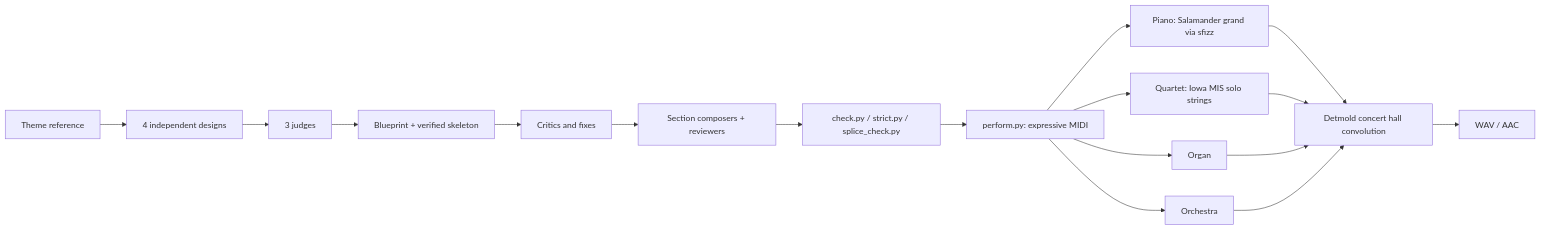
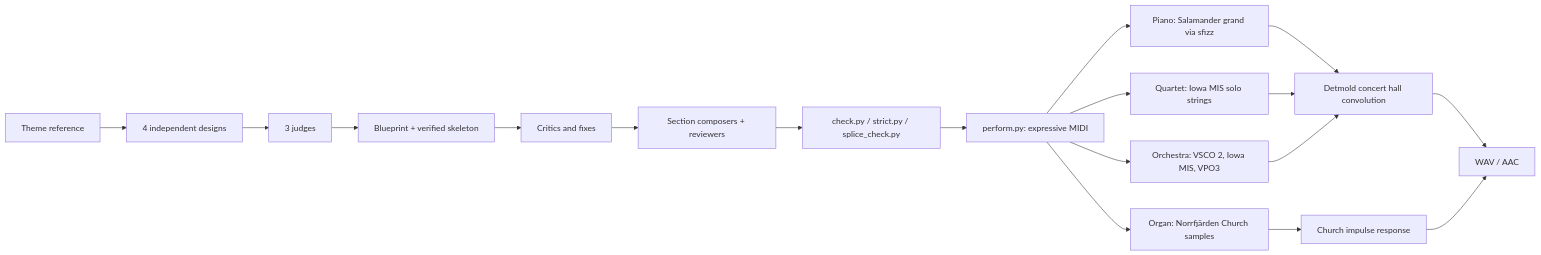
Before and after one commit to longevityboris/jurassic-fugue: the diagram in README.md, drawn with Mermaid. The commit also changed other lines of this file and 1 other file, not shown here.

````diff
--- a/README.md
+++ b/README.md
@@ -46,16 +53,17 @@
 ```mermaid
 flowchart LR
     T[Theme reference] --> D[4 independent designs]
     D --> J[3 judges]
     J --> B[Blueprint + verified skeleton]
     B --> C[Critics and fixes]
     C --> S[Section composers + reviewers]
     S --> K[check.py / strict.py / splice_check.py]
     K --> P[perform.py: expressive MIDI]
     P --> R1[Piano: Salamander grand via sfizz]
     P --> R2[Quartet: Iowa MIS solo strings]
-    P --> R3[Organ]
-    P --> R4[Orchestra]
-    R1 & R2 & R3 & R4 --> H[Detmold concert hall convolution]
-    H --> A[WAV / AAC]
+    P --> R3[Organ: Norrfjärden Church samples]
+    P --> R4[Orchestra: VSCO 2, Iowa MIS, VPO3]
+    R1 & R2 & R4 --> H[Detmold concert hall convolution]
+    R3 --> CH[Church impulse response]
+    H & CH --> A[WAV / AAC]
 ```
````
